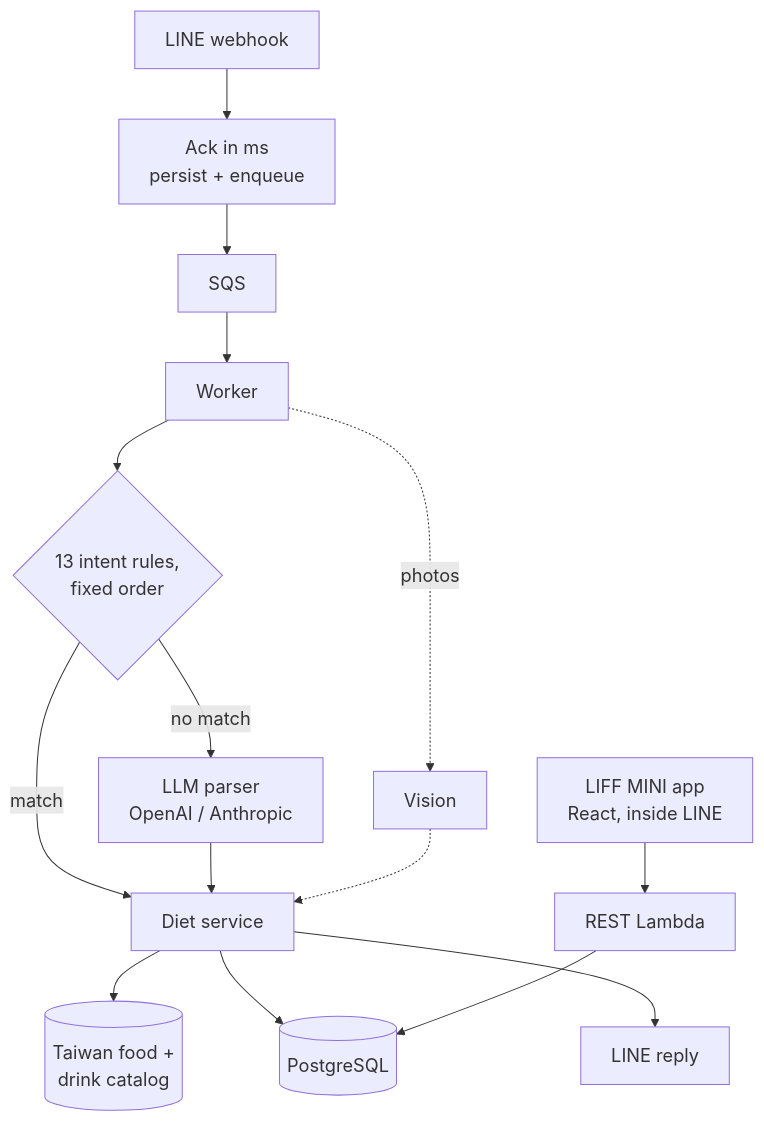
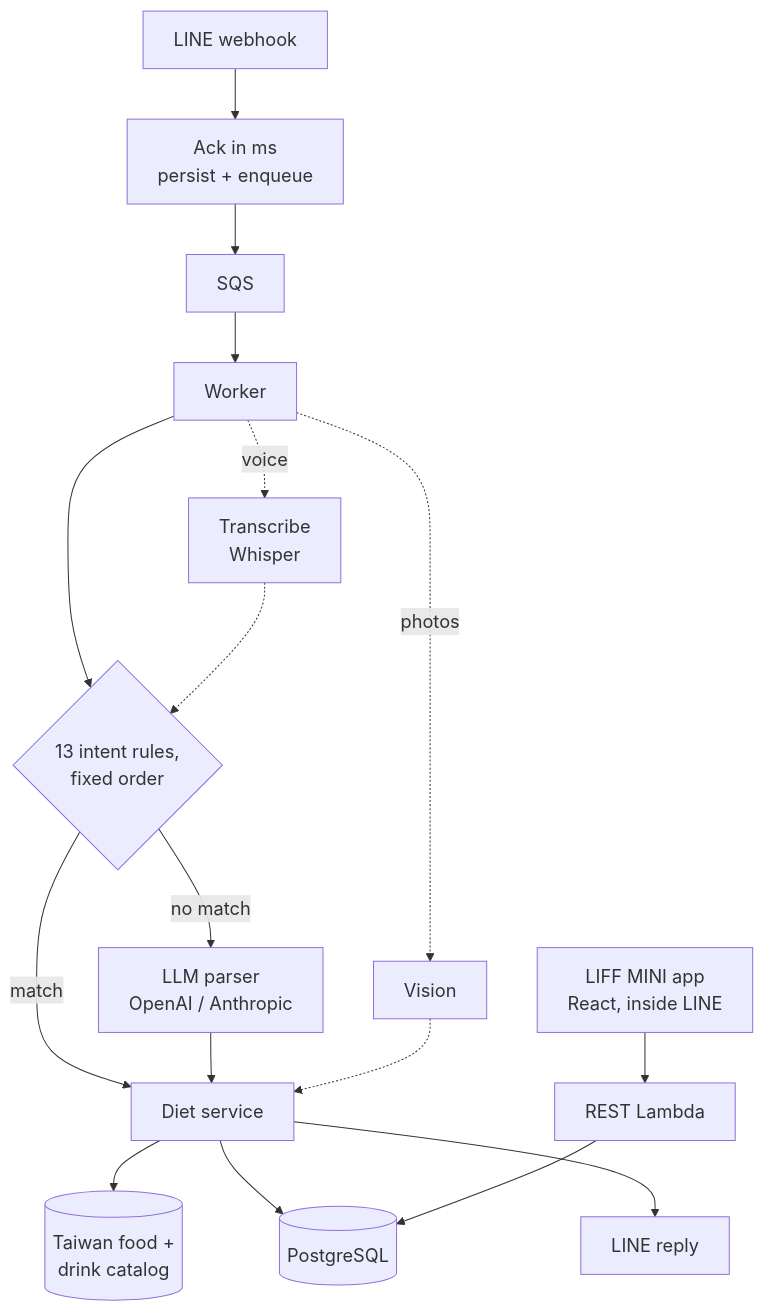
The diagram in README.md (jeffery12697/fitneko-case-study), drawn with Mermaid before and after one commit. The commit also changed other lines of this file and 2 other files, not shown here.

Commit message:
Devlog: phase 19c voice messages

````diff
--- a/README.md
+++ b/README.md
@@ -28,13 +29,14 @@
 ```mermaid
 %%{init: {"themeVariables": {"fontSize": "18px"}}}%%
 flowchart TD
     LINE[LINE webhook] --> WH[Ack in ms<br/>persist + enqueue] --> Q[SQS] --> W[Worker]
     W --> RP{13 intent rules,<br/>fixed order}
     RP -->|match| SVC[Diet service]
     RP -->|no match| LLM[LLM parser<br/>OpenAI / Anthropic] --> SVC
     W -.->|photos| VIS[Vision] -.-> SVC
+    W -.->|voice| STT[Transcribe<br/>Whisper] -.-> RP
     SVC --> CAT[(Taiwan food +<br/>drink catalog)]
     SVC --> PG[(PostgreSQL)]
     SVC --> REPLY[LINE reply]
     LIFF[LIFF MINI app<br/>React, inside LINE] --> API[REST Lambda] --> PG
 ```
````
